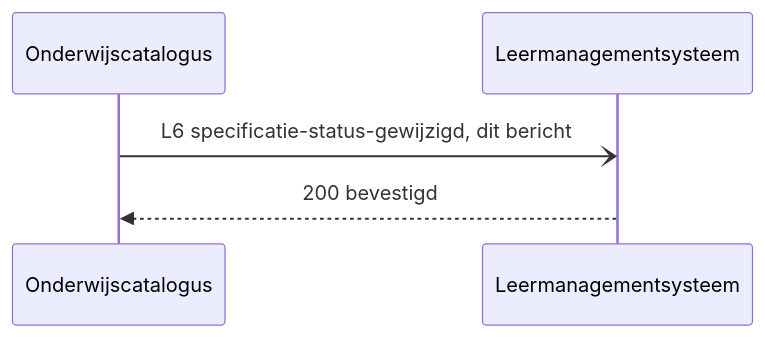
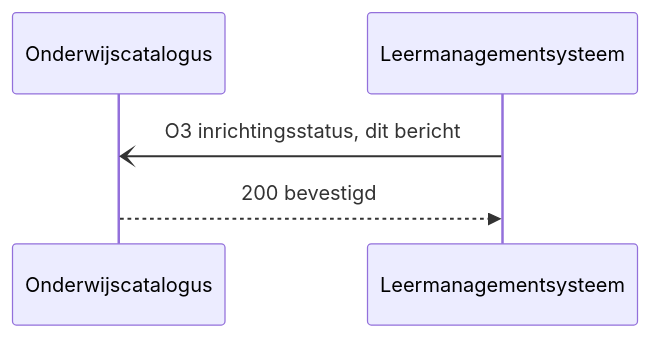
The seventh of 8 diagrams in architecture/docs/specificatie/interactie-onderwijsaanbod/is-oa-07.md (Npuls-OKx/meta), drawn with Mermaid before and after one commit. The commit also changed other lines of this file and 33 other files, not shown here.

````diff
--- a/architecture/docs/specificatie/interactie-onderwijsaanbod/is-oa-07.md
+++ b/architecture/docs/specificatie/interactie-onderwijsaanbod/is-oa-07.md
@@ -341,7 +400,7 @@
 ```mermaid
 sequenceDiagram
     participant OC as Onderwijscatalogus
     participant LMS as Leermanagementsysteem
-    OC-)LMS: L6 specificatie-status-gewijzigd, dit bericht
-    LMS-->>OC: 200 bevestigd
+    LMS-)OC: O3 inrichtingsstatus, dit bericht
+    OC-->>LMS: 200 bevestigd
 ```
````
